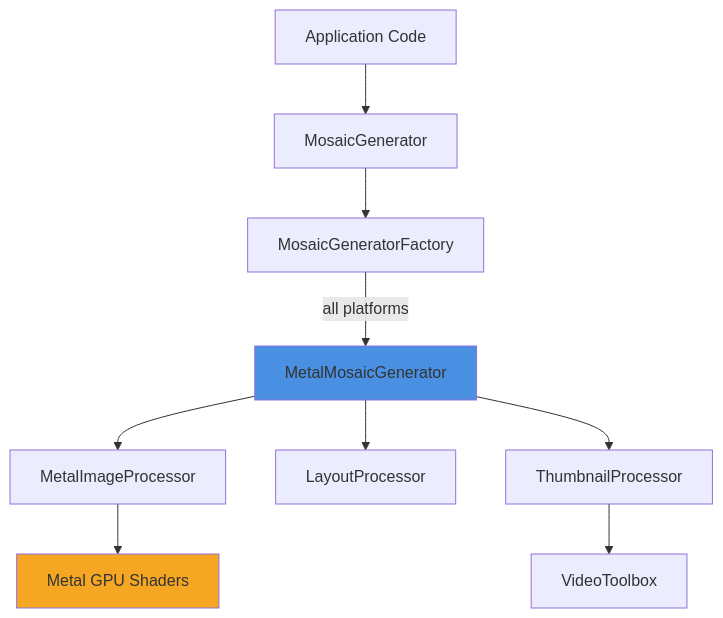
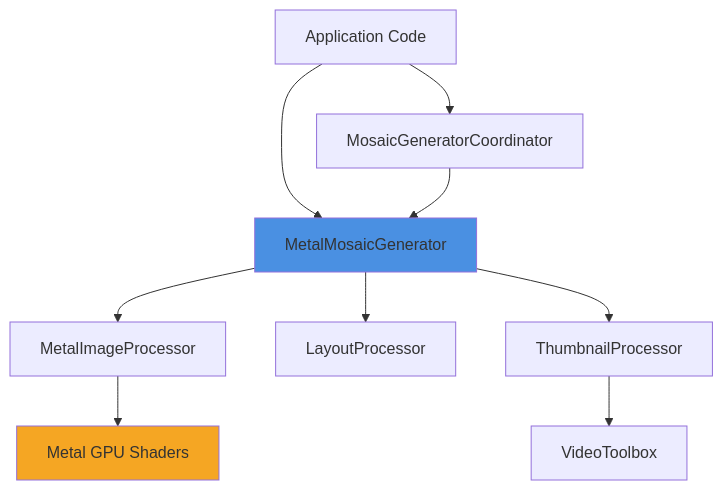
The diagram in Sources/MosaicKit.docc/Articles/Architecture.md (fdenis75/MosaicKit), drawn with Mermaid before and after one commit. The commit also changed other lines of this file and 10 other files, not shown here.

````diff
--- a/Sources/MosaicKit.docc/Articles/Architecture.md
+++ b/Sources/MosaicKit.docc/Articles/Architecture.md
@@ -15,22 +17,20 @@
 ```mermaid
 graph TB
     App[Application Code]
-    
-    App --> MG[MosaicGenerator]
-    
-    MG --> Factory[MosaicGeneratorFactory]
-    
-    Factory -->|all platforms| Metal[MetalMosaicGenerator]
-    
+
+    App --> Metal[MetalMosaicGenerator]
+    App --> Coord[MosaicGeneratorCoordinator]
+    Coord --> Metal
+
     Metal --> MetalProc[MetalImageProcessor]
-    
+
     MetalProc --> GPU[Metal GPU Shaders]
-    
+
     Metal --> Layout[LayoutProcessor]
     Metal --> Thumb[ThumbnailProcessor]
-    
+
     Thumb --> VT[VideoToolbox]
-    
+
     style Metal fill:#4A90E2
     style GPU fill:#F5A623
 ```
````
